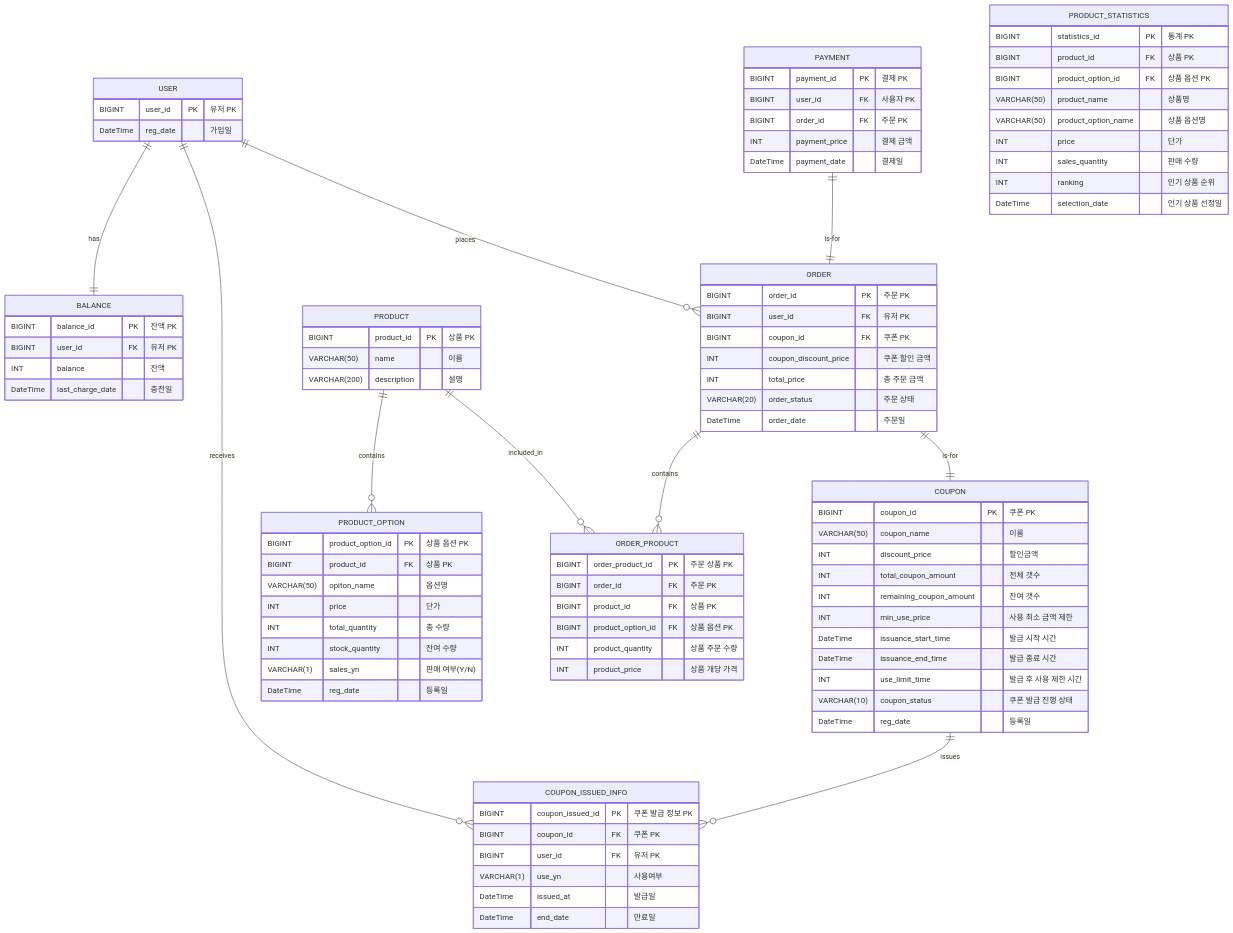
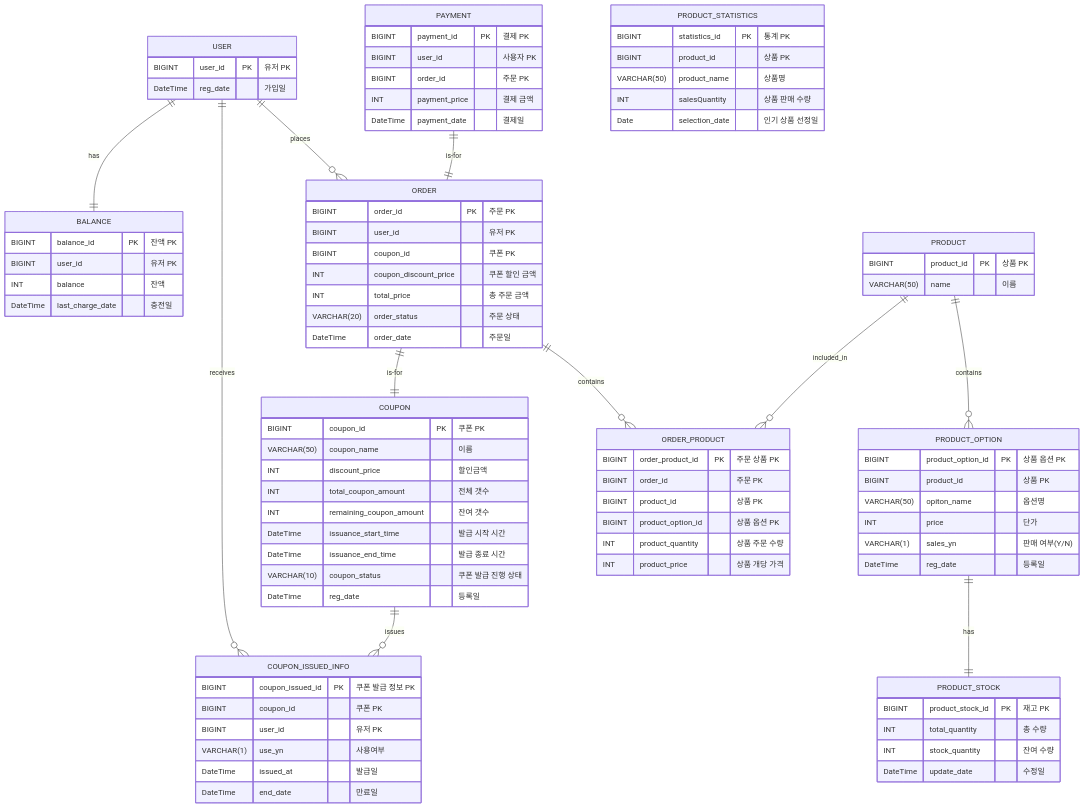
The diagram in docs/2.ERD.md (qkr107781/hhplus_e-commerce_server), drawn with Mermaid before and after one commit.

Commit message:
[docs] ERD 수정

````diff
--- a/docs/2.ERD.md
+++ b/docs/2.ERD.md
@@ -9,29 +9,33 @@
     
     BALANCE {
         BIGINT balance_id PK "잔액 PK"
-        BIGINT user_id FK "유저 PK"
+        BIGINT user_id "유저 PK"
         INT balance "잔액"
         DateTime last_charge_date "충전일"
     }   
 
     COUPON {
         BIGINT coupon_id PK "쿠폰 PK"
+        
         VARCHAR(50) coupon_name "이름"
+        
         INT discount_price "할인금액"
+                
         INT total_coupon_amount "전체 갯수"
         INT remaining_coupon_amount "잔여 갯수"
-        INT min_use_price "사용 최소 금액 제한"
+
         DateTime issuance_start_time "발급 시작 시간"
         DateTime issuance_end_time "발급 종료 시간"
-	    INT use_limit_time "발급 후 사용 제한 시간"
-	    VARCHAR(10) coupon_status "쿠폰 발급 진행 상태"
+		    
+		    VARCHAR(10) coupon_status "쿠폰 발급 진행 상태"
+		    
         DateTime reg_date "등록일"
     }
 
     COUPON_ISSUED_INFO {
         BIGINT coupon_issued_id PK "쿠폰 발급 정보 PK"
-        BIGINT coupon_id FK "쿠폰 PK"
-        BIGINT user_id FK "유저 PK"
+        BIGINT coupon_id "쿠폰 PK"
+        BIGINT user_id "유저 PK"
         VARCHAR(1) use_yn "사용여부"
         DateTime issued_at "발급일"
         DateTime end_date "만료일"
@@ -40,32 +44,36 @@
     PRODUCT {
         BIGINT product_id PK "상품 PK"
         VARCHAR(50) name "이름"
-        VARCHAR(200) description "설명"
     }
     
     PRODUCT_OPTION {
         BIGINT product_option_id PK "상품 옵션 PK"
-        BIGINT product_id FK "상품 PK"
+        BIGINT product_id "상품 PK"
         VARCHAR(50) opiton_name "옵션명"
         INT price "단가"
-        INT total_quantity "총 수량"
-        INT stock_quantity "잔여 수량"
         VARCHAR(1) sales_yn "판매 여부(Y/N)"
         DateTime reg_date "등록일"
+    }
+    
+    PRODUCT_STOCK {
+		    BIGINT product_stock_id PK "재고 PK"
+	      INT total_quantity "총 수량"
+        INT stock_quantity "잔여 수량"
+        DateTime update_date "수정일"
     }
 
     PAYMENT {
         BIGINT payment_id PK "결제 PK"
-        BIGINT user_id FK "사용자 PK"
-        BIGINT order_id FK "주문 PK"
+        BIGINT user_id "사용자 PK"
+        BIGINT order_id "주문 PK"
         INT payment_price "결제 금액"
         DateTime payment_date "결제일"
     }
 
     ORDER {
         BIGINT order_id PK "주문 PK"
-        BIGINT user_id FK "유저 PK"
-        BIGINT coupon_id FK "쿠폰 PK"
+        BIGINT user_id "유저 PK"
+        BIGINT coupon_id "쿠폰 PK"
         INT coupon_discount_price "쿠폰 할인 금액"
         INT total_price "총 주문 금액"
         VARCHAR(20) order_status "주문 상태"
@@ -73,34 +81,30 @@
     }
     ORDER_PRODUCT {
         BIGINT order_product_id PK "주문 상품 PK"
-        BIGINT order_id FK "주문 PK"
-        BIGINT product_id FK "상품 PK"
-        BIGINT product_option_id FK "상품 옵션 PK"
+        BIGINT order_id "주문 PK"
+        BIGINT product_id "상품 PK"
+        BIGINT product_option_id "상품 옵션 PK"
         INT product_quantity "상품 주문 수량"
         INT product_price "상품 개당 가격"
     }  
 
     PRODUCT_STATISTICS{
         BIGINT statistics_id PK "통계 PK"
-        BIGINT product_id FK "상품 PK"
-        BIGINT product_option_id FK "상품 옵션 PK"
+        BIGINT product_id "상품 PK"
         VARCHAR(50) product_name "상품명"
-        VARCHAR(50) product_option_name "상품 옵션명"
-        INT price "단가"
-        INT sales_quantity "판매 수량"
-        INT ranking "인기 상품 순위"   
-        DateTime selection_date "인기 상품 선정일"
+        INT salesQuantity "상품 판매 수량"   
+        Date selection_date "인기 상품 선정일"
     }
 
     USER ||--|| BALANCE: has
     USER ||--o{ ORDER : places
     USER || --o{ COUPON_ISSUED_INFO : receives
+    ORDER ||--o{ ORDER_PRODUCT : contains
     PRODUCT ||--o{ ORDER_PRODUCT : included_in
-    ORDER ||--o{ ORDER_PRODUCT : contains
     ORDER ||--|| COUPON : is-for
     PRODUCT ||--o{ PRODUCT_OPTION: contains
+    PRODUCT_OPTION ||--|| PRODUCT_STOCK: has
     COUPON ||--o{ COUPON_ISSUED_INFO : issues
     PAYMENT ||--|| ORDER : is-for
 
-
 ```
````
